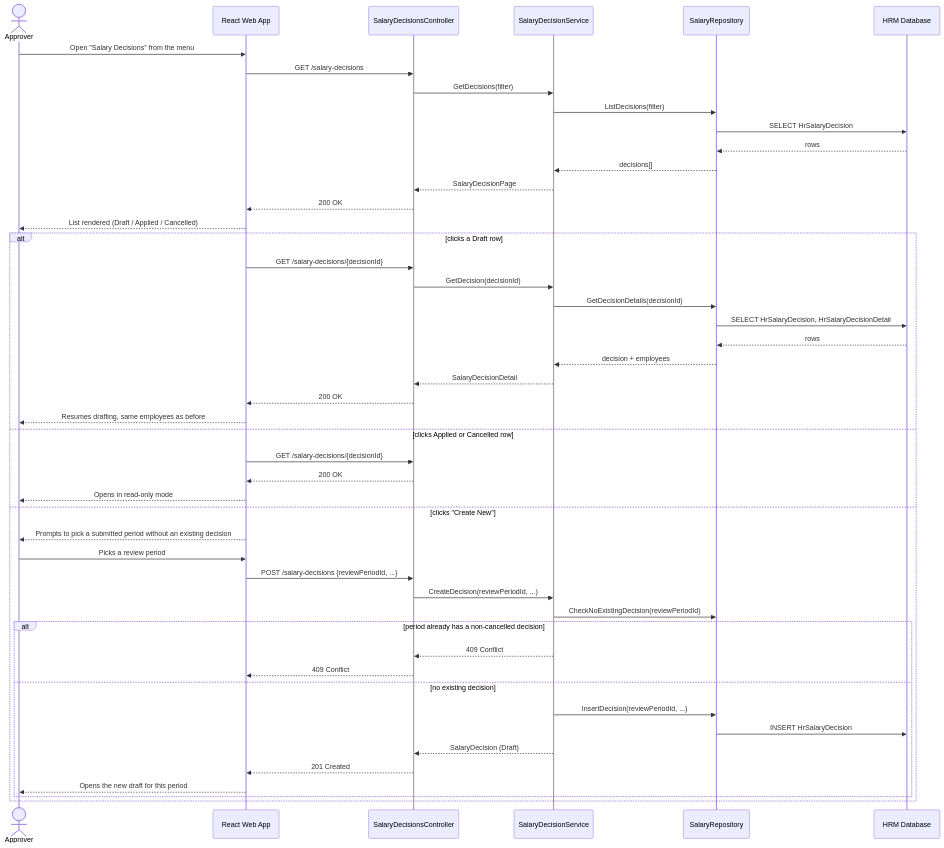
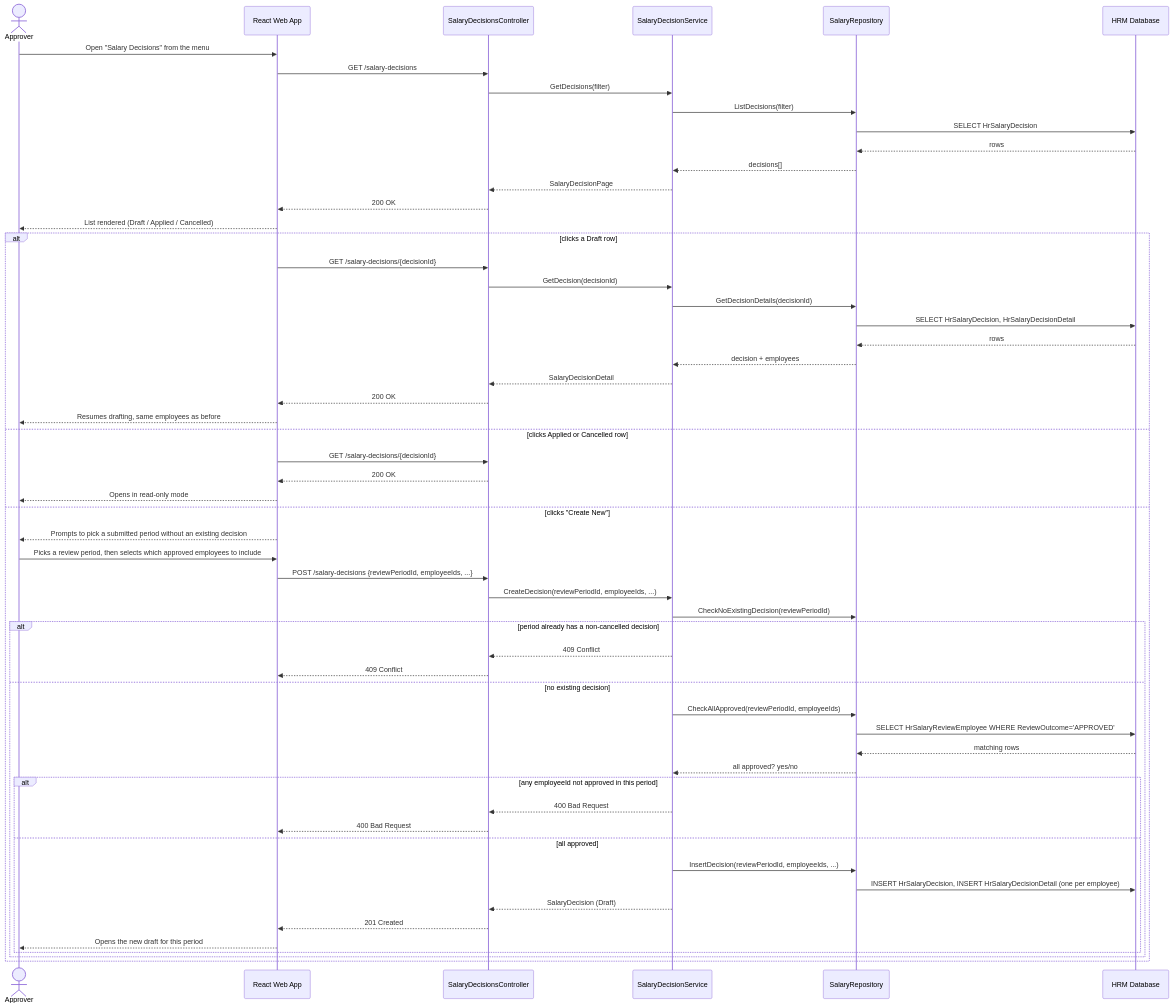
Before and after one commit to sang2197/QuanLyNhanSu-NguyenVanSang: the fifth of 7 diagrams in Docs/DetailedDesign/SequenceDiagrams.md, drawn with Mermaid. The commit also changed other lines of this file and 9 other files, not shown here.

First line of the commit message:
Bổ sung US-10/US-11 (Cancel Decision/Cancel Review Period), sửa gap Decision-Period

````diff
--- a/Docs/DetailedDesign/SequenceDiagrams.md
+++ b/Docs/DetailedDesign/SequenceDiagrams.md
@@ -151,52 +162,61 @@
 ```mermaid
 sequenceDiagram
     actor APR as Approver
     participant FE as React Web App
     participant API as SalaryDecisionsController
     participant SVC as SalaryDecisionService
     participant REPO as SalaryRepository
     participant DB as HRM Database
 
     APR->>FE: Open "Salary Decisions" from the menu
     FE->>API: GET /salary-decisions
     API->>SVC: GetDecisions(filter)
     SVC->>REPO: ListDecisions(filter)
     REPO->>DB: SELECT HrSalaryDecision
     DB-->>REPO: rows
     REPO-->>SVC: decisions[]
     SVC-->>API: SalaryDecisionPage
     API-->>FE: 200 OK
     FE-->>APR: List rendered (Draft / Applied / Cancelled)
 
     alt clicks a Draft row
         FE->>API: GET /salary-decisions/{decisionId}
         API->>SVC: GetDecision(decisionId)
         SVC->>REPO: GetDecisionDetails(decisionId)
         REPO->>DB: SELECT HrSalaryDecision, HrSalaryDecisionDetail
         DB-->>REPO: rows
         REPO-->>SVC: decision + employees
         SVC-->>API: SalaryDecisionDetail
         API-->>FE: 200 OK
         FE-->>APR: Resumes drafting, same employees as before
     else clicks Applied or Cancelled row
         FE->>API: GET /salary-decisions/{decisionId}
         API-->>FE: 200 OK
         FE-->>APR: Opens in read-only mode
     else clicks "Create New"
         FE-->>APR: Prompts to pick a submitted period without an existing decision
-        APR->>FE: Picks a review period
-        FE->>API: POST /salary-decisions {reviewPeriodId, ...}
-        API->>SVC: CreateDecision(reviewPeriodId, ...)
+        APR->>FE: Picks a review period, then selects which approved employees to include
+        FE->>API: POST /salary-decisions {reviewPeriodId, employeeIds, ...}
+        API->>SVC: CreateDecision(reviewPeriodId, employeeIds, ...)
         SVC->>REPO: CheckNoExistingDecision(reviewPeriodId)
         alt period already has a non-cancelled decision
             SVC-->>API: 409 Conflict
             API-->>FE: 409 Conflict
         else no existing decision
-            SVC->>REPO: InsertDecision(reviewPeriodId, ...)
-            REPO->>DB: INSERT HrSalaryDecision
-            SVC-->>API: SalaryDecision (Draft)
-            API-->>FE: 201 Created
-            FE-->>APR: Opens the new draft for this period
+            SVC->>REPO: CheckAllApproved(reviewPeriodId, employeeIds)
+            REPO->>DB: SELECT HrSalaryReviewEmployee WHERE ReviewOutcome='APPROVED'
+            DB-->>REPO: matching rows
+            REPO-->>SVC: all approved? yes/no
+            alt any employeeId not approved in this period
+                SVC-->>API: 400 Bad Request
+                API-->>FE: 400 Bad Request
+            else all approved
+                SVC->>REPO: InsertDecision(reviewPeriodId, employeeIds, ...)
+                REPO->>DB: INSERT HrSalaryDecision, INSERT HrSalaryDecisionDetail (one per employee)
+                SVC-->>API: SalaryDecision (Draft)
+                API-->>FE: 201 Created
+                FE-->>APR: Opens the new draft for this period
+            end
         end
     end
 ```
````
